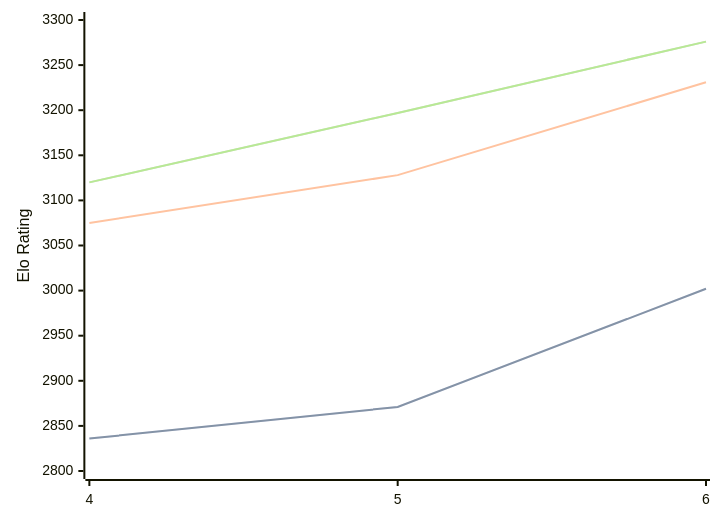
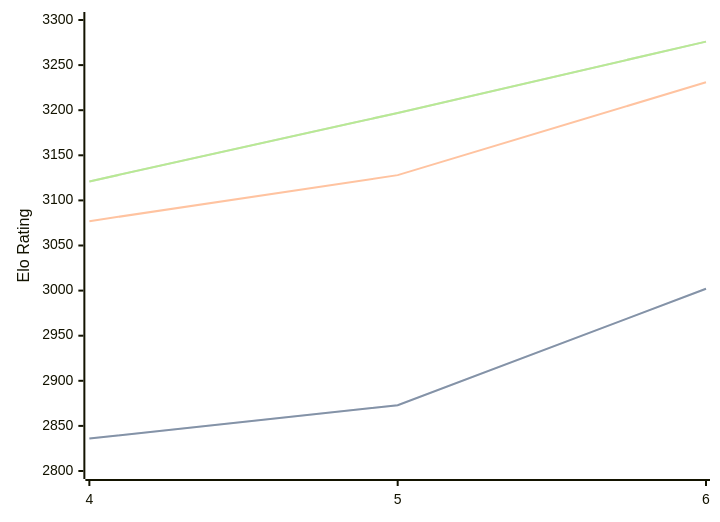
One commit to computer-chess-index/cci changed the diagram in engines/Cwtch.md. Above: the diagram before and after it, drawn with Mermaid. The commit also changed other lines of this file, not shown here.

Commit message:
Update CCI Ratings (ELO VLTC) - 2026-08-05

````diff
--- a/engines/Cwtch.md
+++ b/engines/Cwtch.md
@@ -36,11 +36,11 @@
 ```mermaid
 %%{init: {"theme":"base","themeVariables":{"seriesColors:['#a3a3a3','#222221','#faa371']}}}%%
 xychart-beta
   x-axis ["4", "5", "6"]
   y-axis "Elo Rating" 2800 --> 3300
-  line "STC (8.0+0.08s)" [2836, 2871, 3002]
-  line "STC (8.0+0.08s)" [2836, 2871, 3002]
-  line "LTC (60.0+0.60s)" [3075, 3128, 3231]
-  line "VLTC (2m24s+1.12s)" [3120, 3197, 3276]
-  line "VLTC (2m24s+1.12s)" [3120, 3197, 3276]
+  line "STC (8.0+0.08s)" [2836, 2873, 3002]
+  line "STC (8.0+0.08s)" [2836, 2873, 3002]
+  line "LTC (60.0+0.60s)" [3077, 3128, 3231]
+  line "VLTC (2m24s+1.12s)" [3121, 3197, 3276]
+  line "VLTC (2m24s+1.12s)" [3121, 3197, 3276]
 ```
````
